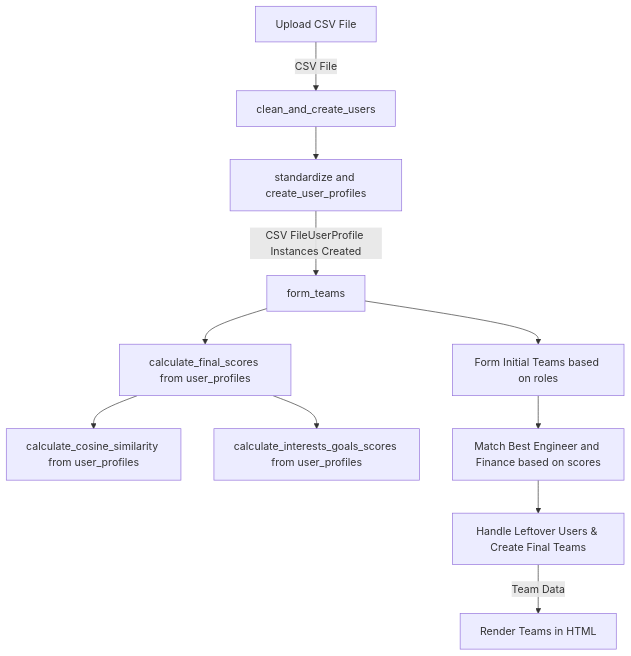
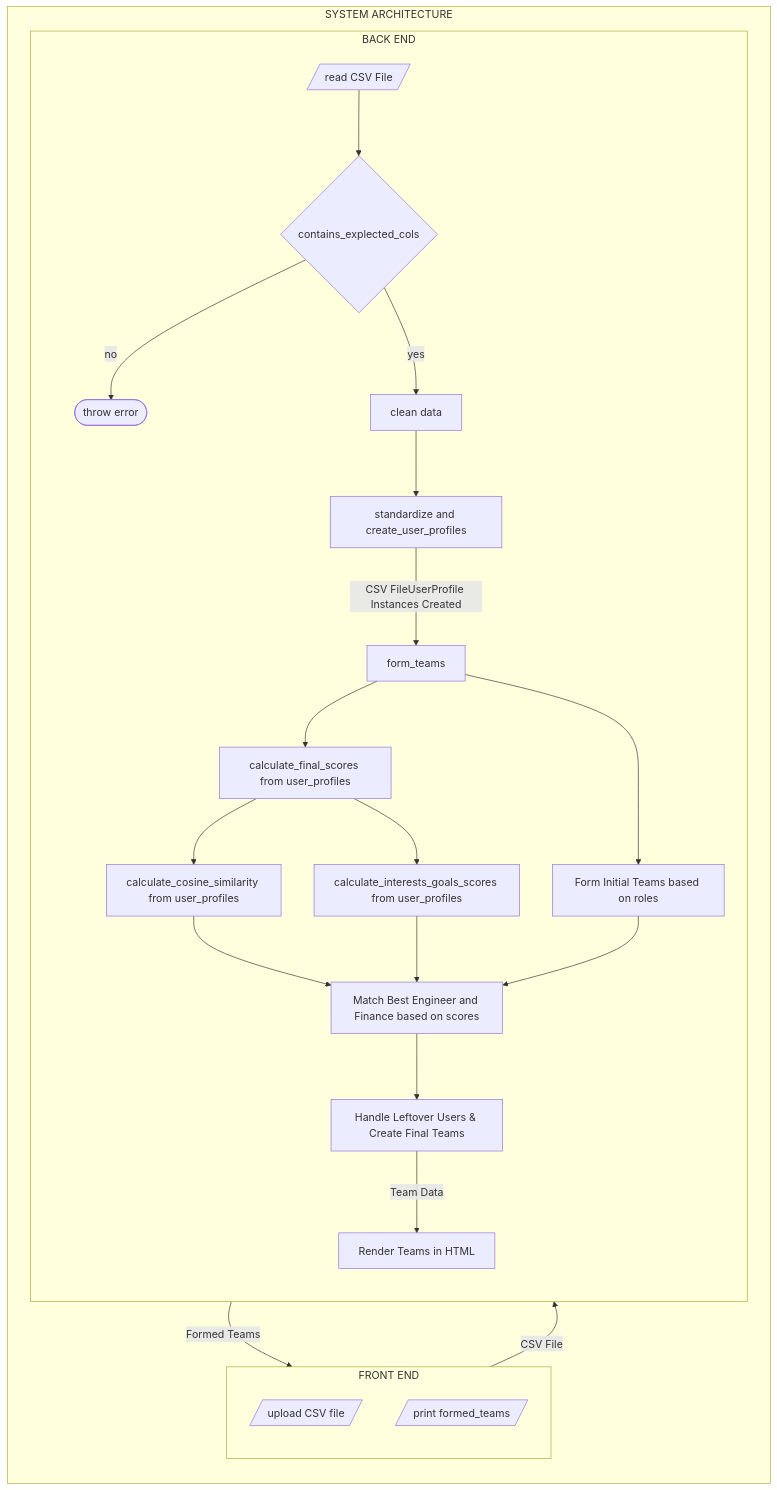
Before and after one commit to ac-i2i-engineering/matching-engine: the diagram in README.md, drawn with Mermaid. The commit also changed other lines of this file, not shown here.

````diff
--- a/README.md
+++ b/README.md
@@ -29,16 +37,43 @@
 ```mermaid
-graph TD
-    A[Upload CSV File] -->|CSV File| B[clean_and_create_users]
-    B --> J[standardize and create_user_profiles]
-    
-    J --> |CSV FileUserProfile Instances Created| L[form_teams]
-    
-    L --> M[calculate_final_scores from user_profiles]
-    M --> N[calculate_cosine_similarity from user_profiles]
-    M --> O[calculate_interests_goals_scores from user_profiles]
-    
-    L --> P[Form Initial Teams based on roles]
-    P --> Q[Match Best Engineer and Finance based on scores]
-    Q --> R[Handle Leftover Users & Create Final Teams]
-    R --> |Team Data| U[Render Teams in HTML]
+flowchart LR
+ subgraph TOP["SYSTEM ARCHITECTURE"]
+    direction TB
+        A["A"]
+        B["B"]
+  end
+ subgraph A["FRONT END"]
+    direction TB
+        AA[/"upload CSV file"/]
+        AB[/"print formed_teams"/]
+  end
+ subgraph B["BACK END"]
+    direction TB
+        BA[/"read CSV File"/]
+        BB{"contains_explected_cols"}
+        BC(["throw error"])
+        BD["clean data"]
+        BJ["standardize and create_user_profiles"]
+        BL["form_teams"]
+        BM["calculate_final_scores from user_profiles"]
+        BN["calculate_cosine_similarity from user_profiles"]
+        BO["calculate_interests_goals_scores from user_profiles"]
+        BP["Form Initial Teams based on roles"]
+        BQ["Match Best Engineer and Finance based on scores"]
+        BR["Handle Leftover Users & Create Final Teams"]
+        BU["Render Teams in HTML"]
+  end
+    BA --> BB
+    BB -- no --> BC
+    BB -- yes --> BD
+    BD --> BJ
+    BJ -- CSV FileUserProfile Instances Created --> BL
+    BL --> BM & BP
+    BM --> BN & BO
+    BN --> BQ
+    BO --> BQ
+    BP --> BQ
+    BQ --> BR
+    BR -- Team Data --> BU
+    BU -- Formed Teams --> AB
+    AA -- CSV File --> BA
 ```
````
